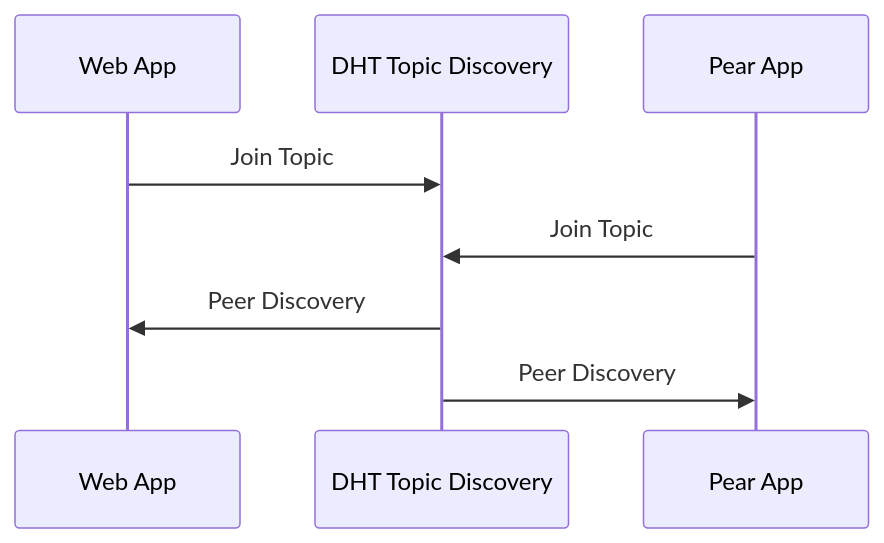
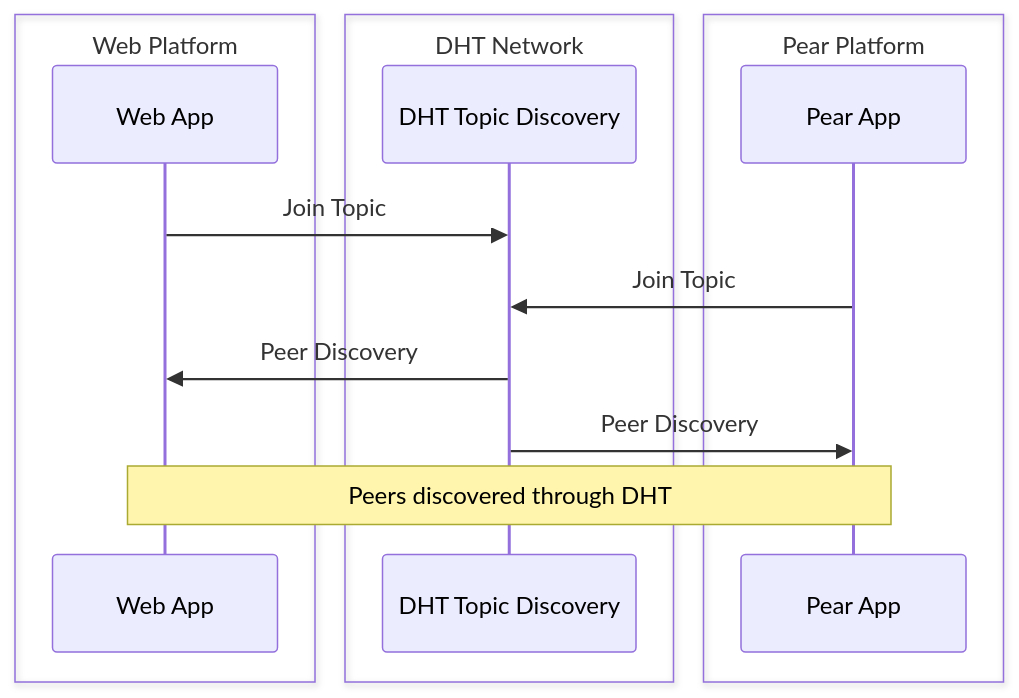
One commit to Jitpomi/hyperswarm-web changed the fourth of 5 diagrams in README.md. Above: the diagram before and after it, drawn with Mermaid. The commit also changed other lines of this file, not shown here.

Commit message:
network flow sequence diagrams to use colors that match our established color scheme. While Mermaid sequence diagrams don't support the same styling as flowcharts, we can use actor boxes and notes to maintain visual consistency.

````diff
--- a/README.md
+++ b/README.md
@@ -108,11 +108,19 @@
 ```mermaid
 sequenceDiagram
+    box Web Platform #ffe7e7
     participant Web as Web App
+    end
+    box DHT Network #e1f7d5
     participant DHT as DHT Topic Discovery
+    end
+    box Pear Platform #d4e6ff
     participant Pear as Pear App
+    end
     
     Web->>DHT: Join Topic
     Pear->>DHT: Join Topic
     DHT->>Web: Peer Discovery
     DHT->>Pear: Peer Discovery
+    
+    Note over Web,Pear: Peers discovered through DHT
 ```
````
